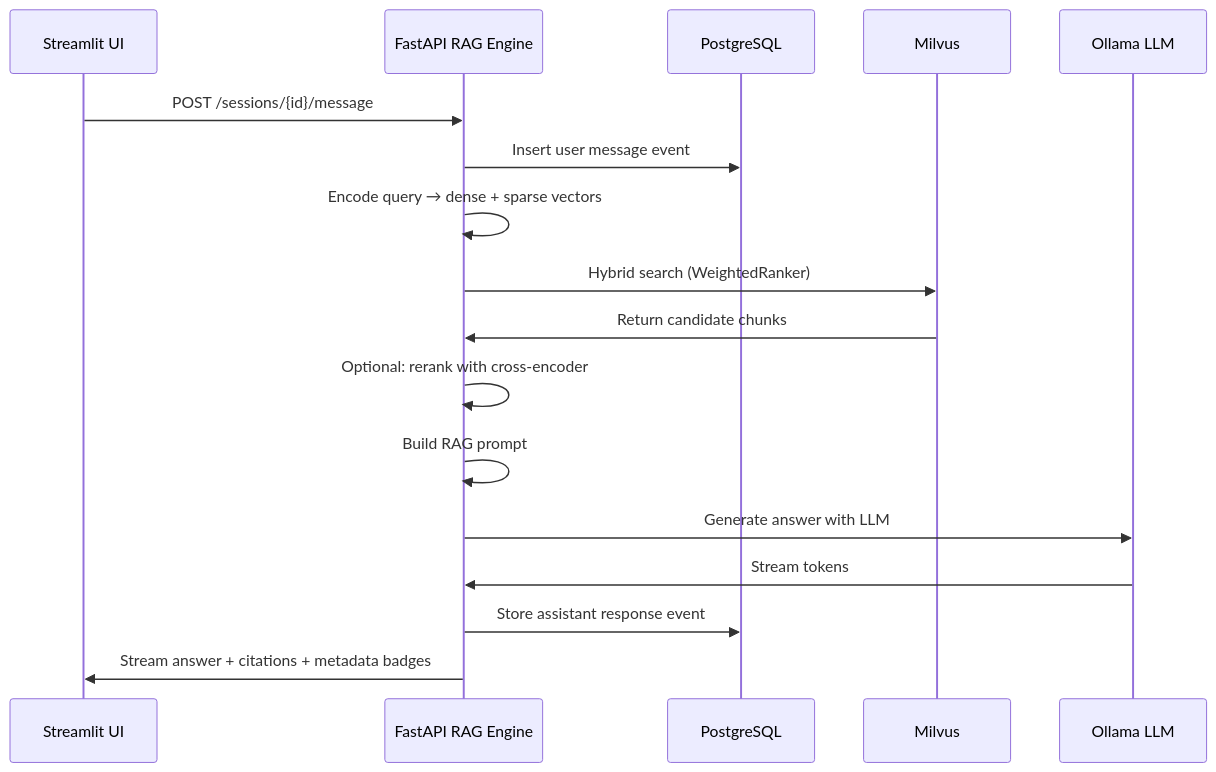
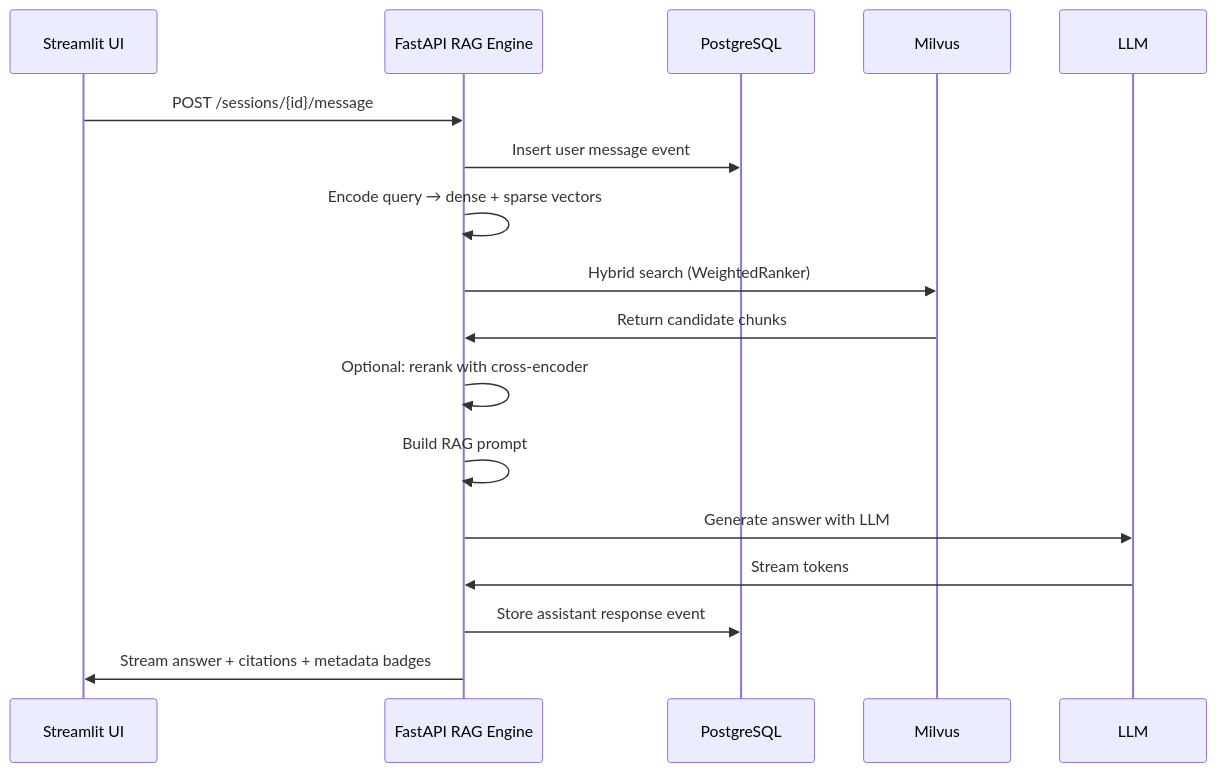
Before and after one commit to ducanhMU/RAGHouse: the sixth of 8 diagrams in DESIGN.md, drawn with Mermaid. The commit also changed 2 other files, not shown here.

````diff
--- a/DESIGN.md
+++ b/DESIGN.md
@@ -796,24 +796,24 @@
 ```mermaid
 sequenceDiagram
     participant UI as Streamlit UI
     participant API as FastAPI RAG Engine
     participant PG as PostgreSQL
     participant MV as Milvus
-    participant OL as Ollama LLM
+    participant OL as LLM
 
     UI->>API: POST /sessions/{id}/message
     API->>PG: Insert user message event
 
     API->>API: Encode query → dense + sparse vectors
     API->>MV: Hybrid search (WeightedRanker)
     MV->>API: Return candidate chunks
 
     API->>API: Optional: rerank with cross-encoder
     API->>API: Build RAG prompt
 
     API->>OL: Generate answer with LLM
     OL->>API: Stream tokens
 
     API->>PG: Store assistant response event
     API->>UI: Stream answer + citations + metadata badges
 ```
````
